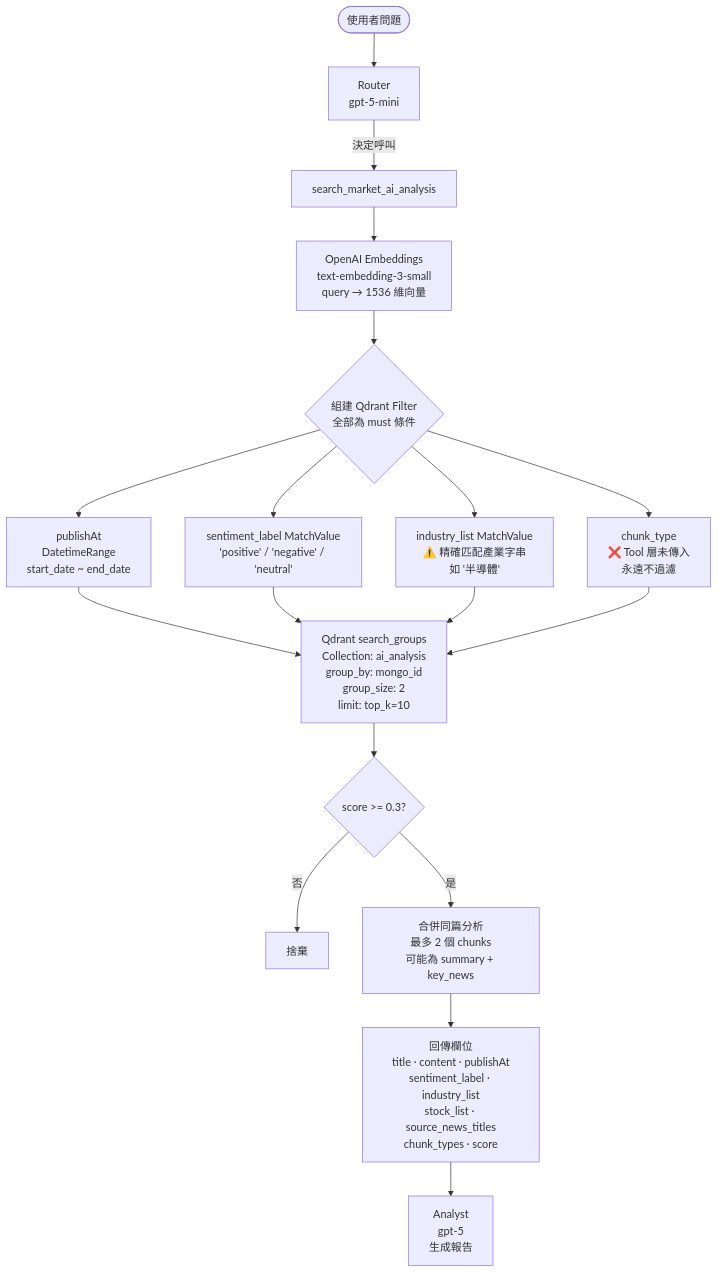
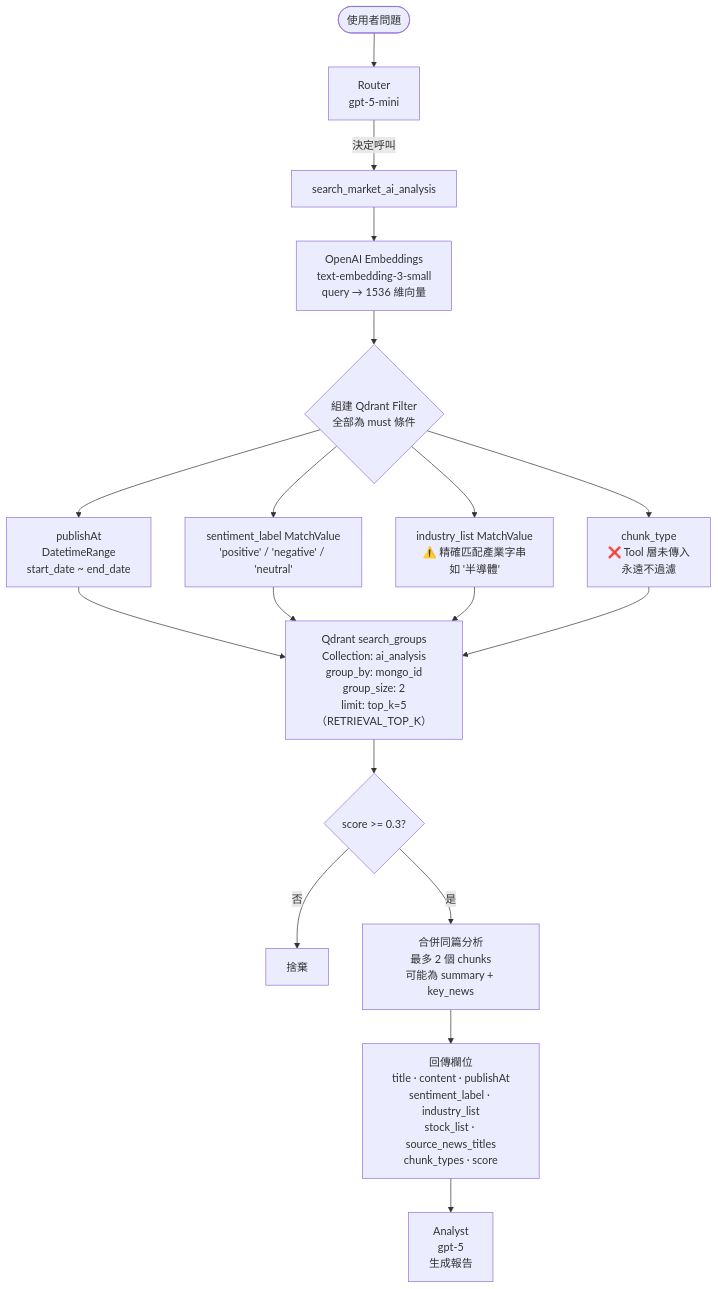
The second of 7 diagrams in README.md (WilliamTsai1227/Stock-Insight-Chat), drawn with Mermaid before and after one commit. The commit also changed other lines of this file, not shown here.

````diff
--- a/README.md
+++ b/README.md
@@ -598,22 +627,22 @@
 ```mermaid
 flowchart TD
     A([使用者問題]) --> B[Router\ngpt-5-mini]
     B -->|決定呼叫| C[search_market_ai_analysis]
 
     C --> D[OpenAI Embeddings\ntext-embedding-3-small\nquery → 1536 維向量]
     D --> E{組建 Qdrant Filter\n全部為 must 條件}
 
     E --> E1["publishAt\nDatetimeRange\nstart_date ~ end_date"]
     E --> E2["sentiment_label MatchValue\n'positive' / 'negative' / 'neutral'"]
     E --> E3["industry_list MatchValue\n⚠️ 精確匹配產業字串\n如 '半導體'"]
     E --> E4["chunk_type\n❌ Tool 層未傳入\n永遠不過濾"]
 
-    E1 & E2 & E3 & E4 --> F["Qdrant search_groups\nCollection: ai_analysis\ngroup_by: mongo_id\ngroup_size: 2\nlimit: top_k=10"]
+    E1 & E2 & E3 & E4 --> F["Qdrant search_groups\nCollection: ai_analysis\ngroup_by: mongo_id\ngroup_size: 2\nlimit: top_k=5（RETRIEVAL_TOP_K）"]
 
     F --> G{score >= 0.3?}
     G -- 否 --> H[捨棄]
     G -- 是 --> I["合併同篇分析\n最多 2 個 chunks\n可能為 summary + key_news"]
 
     I --> J["回傳欄位\ntitle · content · publishAt\nsentiment_label · industry_list\nstock_list · source_news_titles\nchunk_types · score"]
     J --> K[Analyst\ngpt-5\n生成報告]
 ```
````
